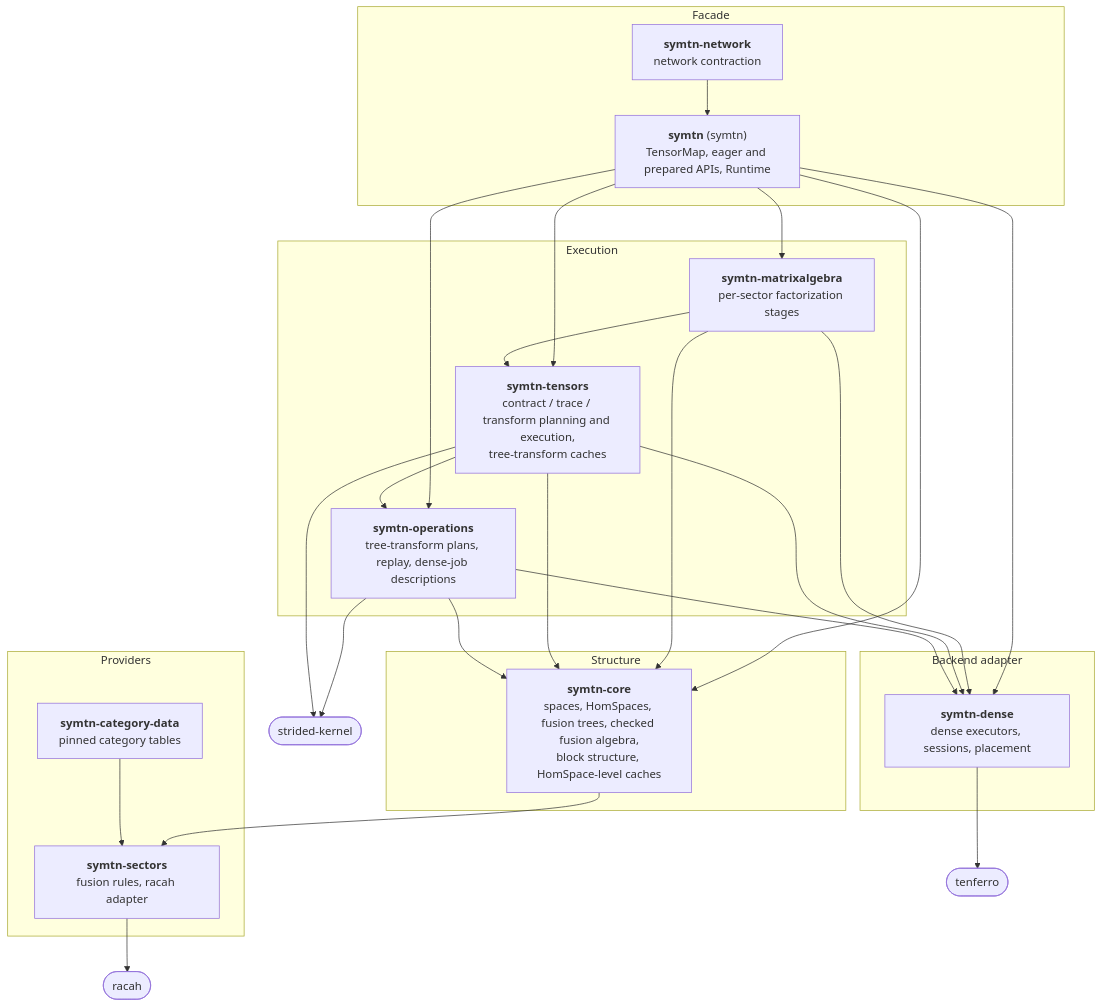
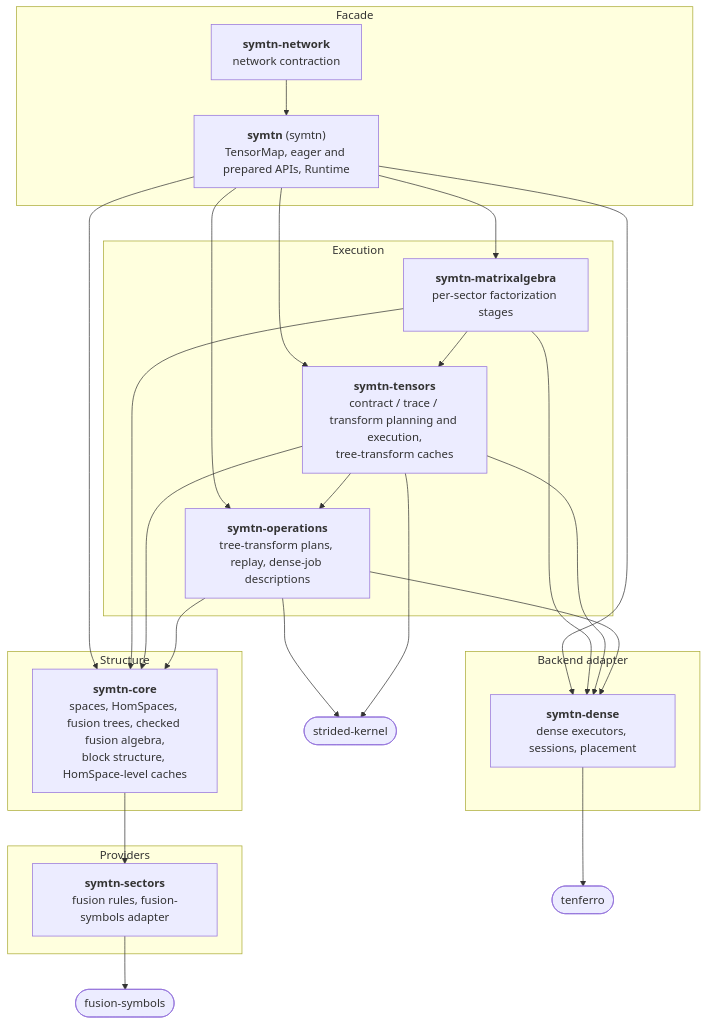
One commit to Ryo-wtnb11/TeNeT changed the second of 2 diagrams in docs/layering.md. Above: the diagram before and after it, drawn with Mermaid. The commit also changed other lines of this file and 56 other files, not shown here.

First line of the commit message:
Switch the symbol layer to fusion-symbols 0.3.0; drop symtn-category-data (#2275)

````diff
--- a/docs/layering.md
+++ b/docs/layering.md
@@ -195,43 +195,41 @@
 ```mermaid
 flowchart TB
     subgraph facade["Facade"]
         RS["<b>symtn</b> (symtn)<br/>TensorMap, eager and prepared APIs, Runtime"]
         NET["<b>symtn-network</b><br/>network contraction"]
     end
     subgraph exec["Execution"]
         MA["<b>symtn-matrixalgebra</b><br/>per-sector factorization stages"]
         TT["<b>symtn-tensors</b><br/>contract / trace / transform planning and execution,<br/>tree-transform caches"]
         OP["<b>symtn-operations</b><br/>tree-transform plans, replay, dense-job descriptions"]
     end
     subgraph structure["Structure"]
         CORE["<b>symtn-core</b><br/>spaces, HomSpaces, fusion trees, checked fusion algebra,<br/>block structure, HomSpace-level caches"]
     end
     subgraph provider["Providers"]
-        SEC["<b>symtn-sectors</b><br/>fusion rules, racah adapter"]
-        CAT["<b>symtn-category-data</b><br/>pinned category tables"]
+        SEC["<b>symtn-sectors</b><br/>fusion rules, fusion-symbols adapter"]
     end
     subgraph backend["Backend adapter"]
         DENSE["<b>symtn-dense</b><br/>dense executors, sessions, placement"]
     end
 
     NET --> RS
     RS --> MA
     RS --> TT
     RS --> OP
     RS --> CORE
     RS --> DENSE
     MA --> TT
     MA --> CORE
     MA --> DENSE
     TT --> OP
     TT --> CORE
     TT --> DENSE
     OP --> CORE
     OP --> DENSE
     CORE --> SEC
-    CAT --> SEC
-    SEC --> RACAH(["racah"])
+    SEC --> FSYM(["fusion-symbols"])
     DENSE --> TF(["tenferro"])
     OP --> STR(["strided-kernel"])
     TT --> STR
 ```
````
